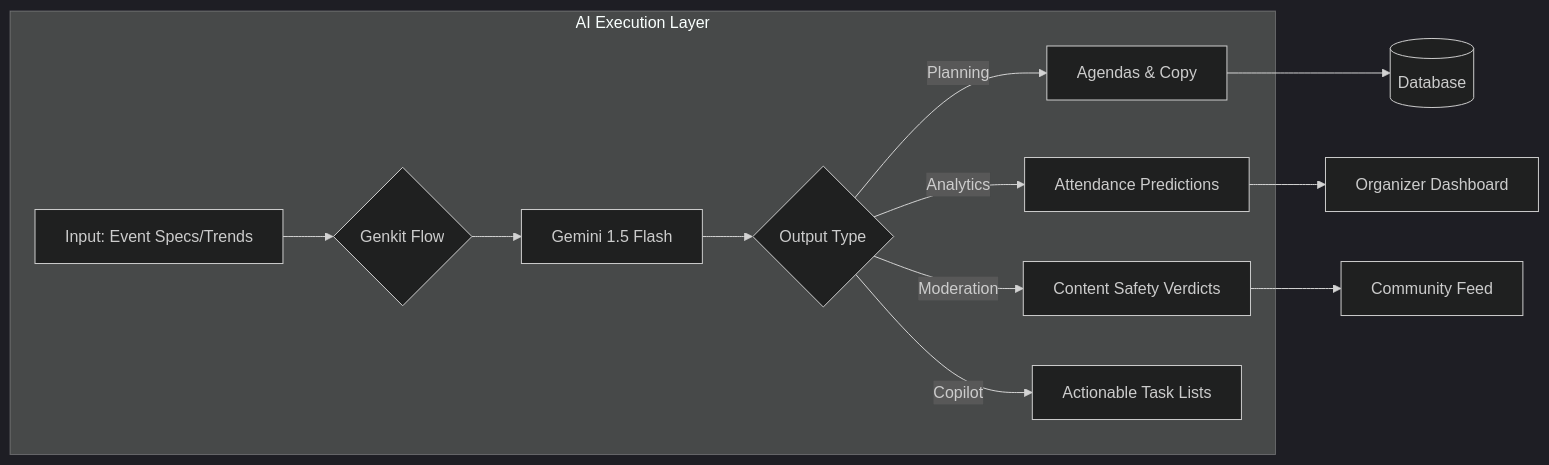
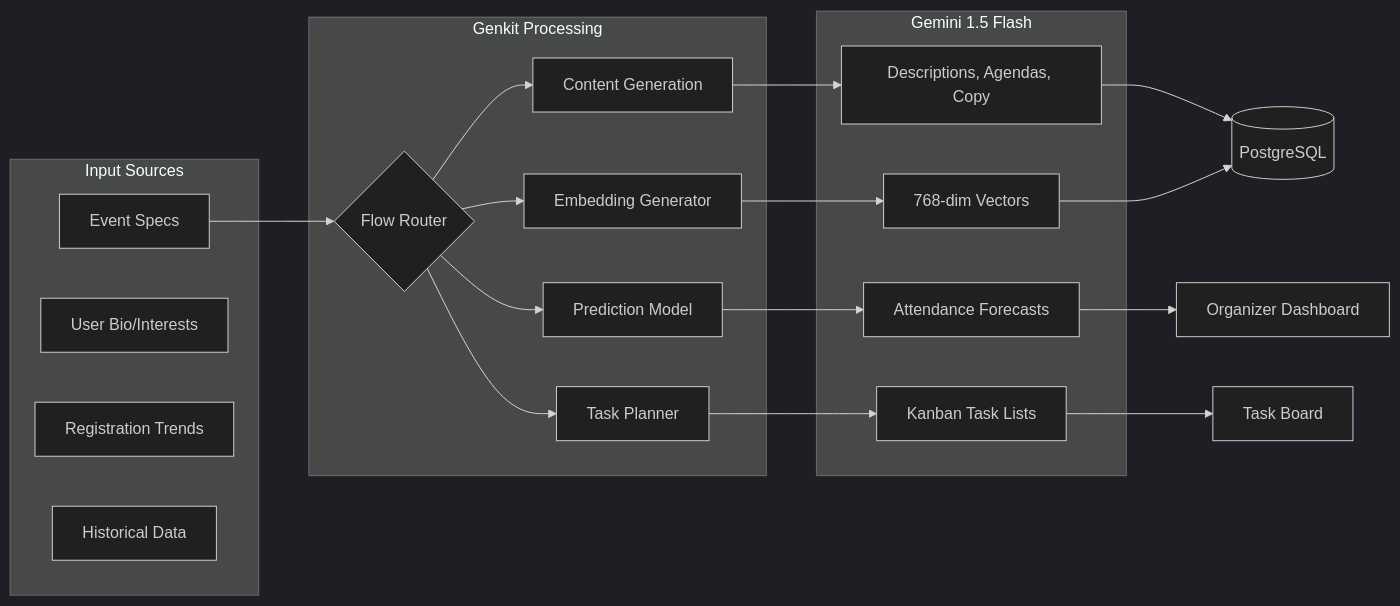
Before and after one commit to ArrinPaul/Eventra: the fifth of 8 diagrams in README.md, drawn with Mermaid (dark theme). The commit also changed other lines of this file and 3 other files, not shown here.

Commit message:
feat: enhance health check API to include database status and latency metrics fix: update session secret retrieval logic to prioritize SESSION_SECRET in production fix: improve entry code generation to use cryptographically secure random integers

````diff
--- a/README.md
+++ b/README.md
@@ -62,15 +336,30 @@
 ```mermaid
 graph LR
-    subgraph Genkit_Environment [AI Execution Layer]
-        A[Input: Event Specs/Trends] --> B{Genkit Flow}
-        B --> C[Gemini 1.5 Flash]
-        C --> D{Output Type}
-        D -->|Planning| E[Agendas & Copy]
-        D -->|Analytics| F[Attendance Predictions]
-        D -->|Moderation| G[Content Safety Verdicts]
-        D -->|Copilot| H[Actionable Task Lists]
+    subgraph Input["Input Sources"]
+        A["Event Specs"]
+        B["User Bio/Interests"]
+        C["Registration Trends"]
+        D["Historical Data"]
     end
-    E --> I[(Database)]
-    F --> J[Organizer Dashboard]
-    G --> K[Community Feed]
+
+    subgraph GenkitFlow["Genkit Processing"]
+        E{"Flow Router"}
+        A --> E
+        E --> F["Content Generation"]
+        E --> G["Prediction Model"]
+        E --> H["Embedding Generator"]
+        E --> I["Task Planner"]
+    end
+
+    subgraph Gemini["Gemini 1.5 Flash"]
+        F --> J["Descriptions, Agendas, Copy"]
+        G --> K["Attendance Forecasts"]
+        H --> L["768-dim Vectors"]
+        I --> M["Kanban Task Lists"]
+    end
+
+    J --> N[("PostgreSQL")]
+    K --> O["Organizer Dashboard"]
+    L --> N
+    M --> P["Task Board"]
 ```
````
